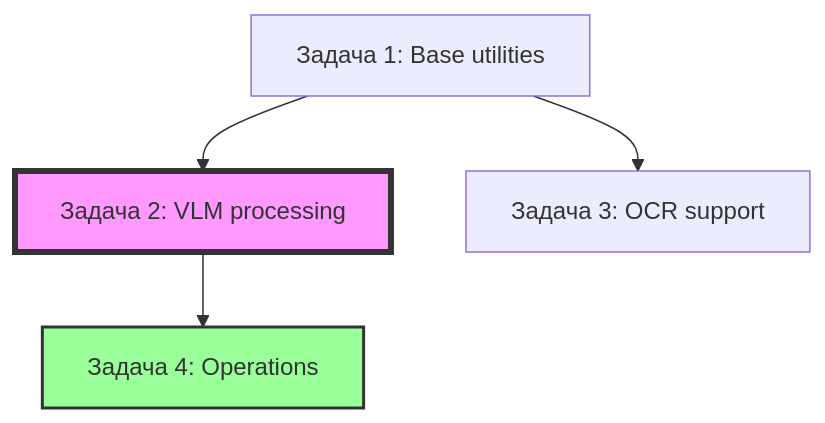
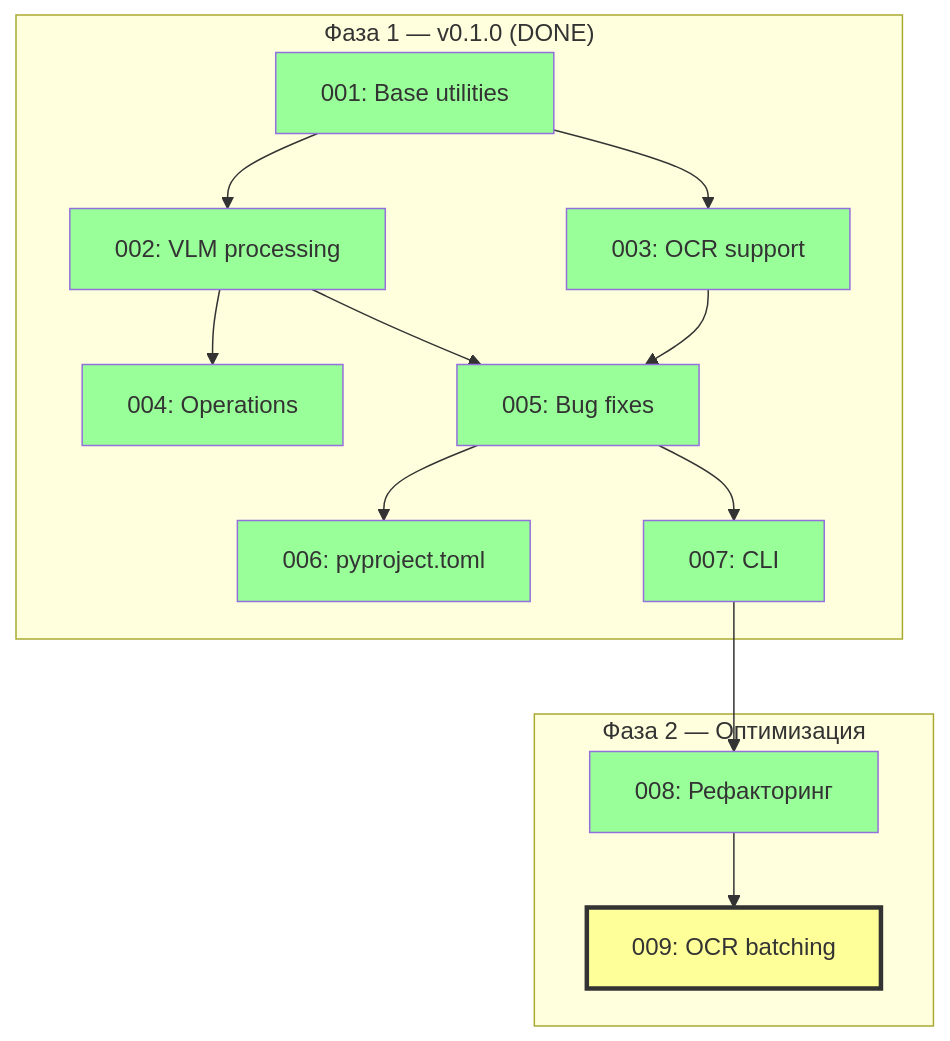
Before and after one commit to Dieugene/vlm-ocr-doc-reader: the diagram in 00_docs/architecture/implementation_plan.md, drawn with Mermaid. The commit also changed other lines of this file and 9 other files, not shown here.

First line of the commit message:
Update docs to reflect actual state, add OCR batching escalation to Architect

````diff
--- a/00_docs/architecture/implementation_plan.md
+++ b/00_docs/architecture/implementation_plan.md
@@ -918,10 +147,27 @@
 ```mermaid
 graph TD
-    Z1[Задача 1: Base utilities] --> Z2[Задача 2: VLM processing]
-    Z1 --> Z3[Задача 3: OCR support]
+    subgraph "Фаза 1 — v0.1.0 (DONE)"
+        Z1[001: Base utilities] --> Z2[002: VLM processing]
+        Z1 --> Z3[003: OCR support]
+        Z2 --> Z4[004: Operations]
+        Z2 --> Z5[005: Bug fixes]
+        Z3 --> Z5
+        Z5 --> Z6[006: pyproject.toml]
+        Z5 --> Z7[007: CLI]
+    end
 
-    Z2 --> Z4[Задача 4: Operations]
+    subgraph "Фаза 2 — Оптимизация"
+        Z7 --> Z8[008: Рефакторинг]
+        Z8 --> Z9[009: OCR batching]
+    end
 
-    style Z2 fill:#f9f,stroke:#333,stroke-width:4px
-    style Z4 fill:#9f9,stroke:#333,stroke-width:2px
+    style Z1 fill:#9f9
+    style Z2 fill:#9f9
+    style Z3 fill:#9f9
+    style Z4 fill:#9f9
+    style Z5 fill:#9f9
+    style Z6 fill:#9f9
+    style Z7 fill:#9f9
+    style Z8 fill:#9f9
+    style Z9 fill:#ff9,stroke:#333,stroke-width:3px
 ```
````
